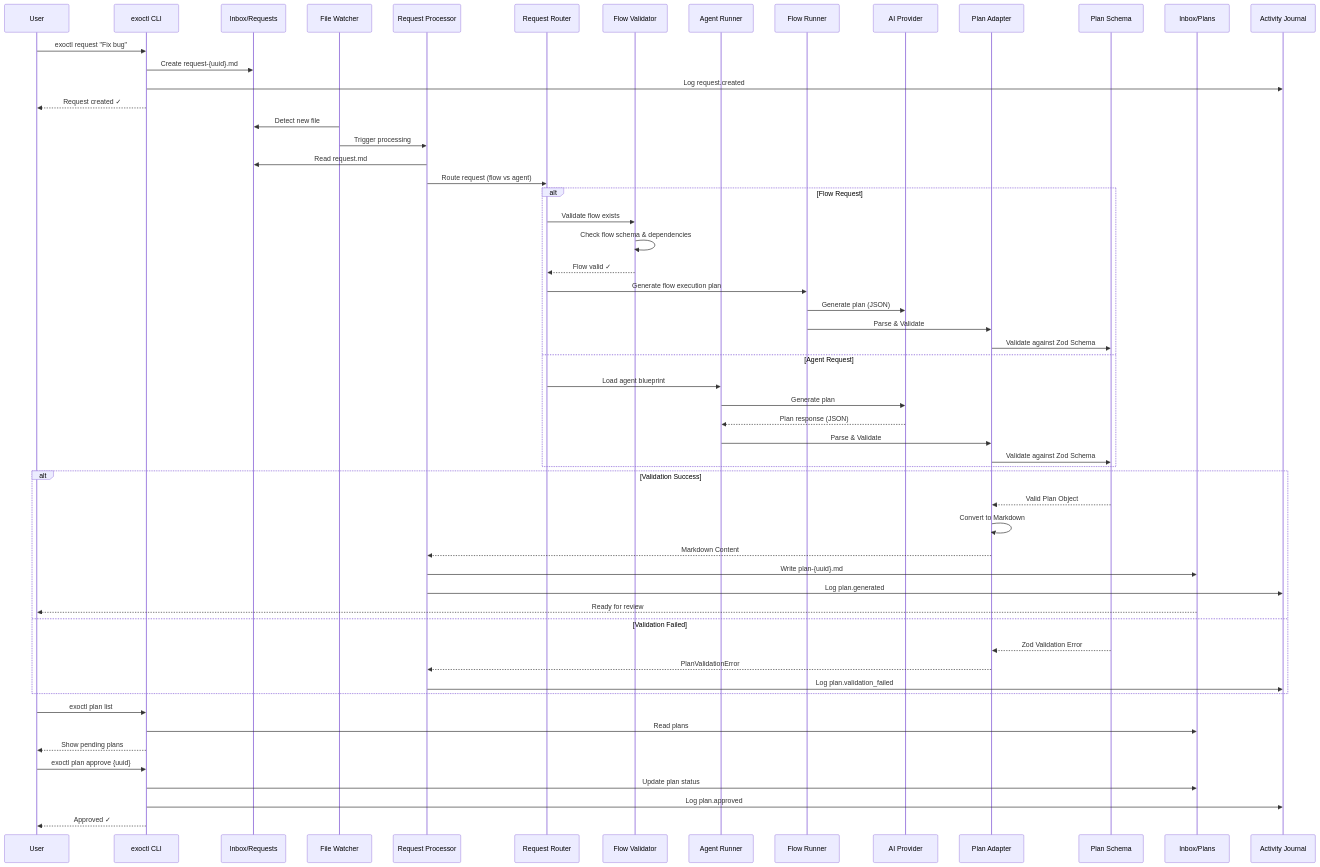
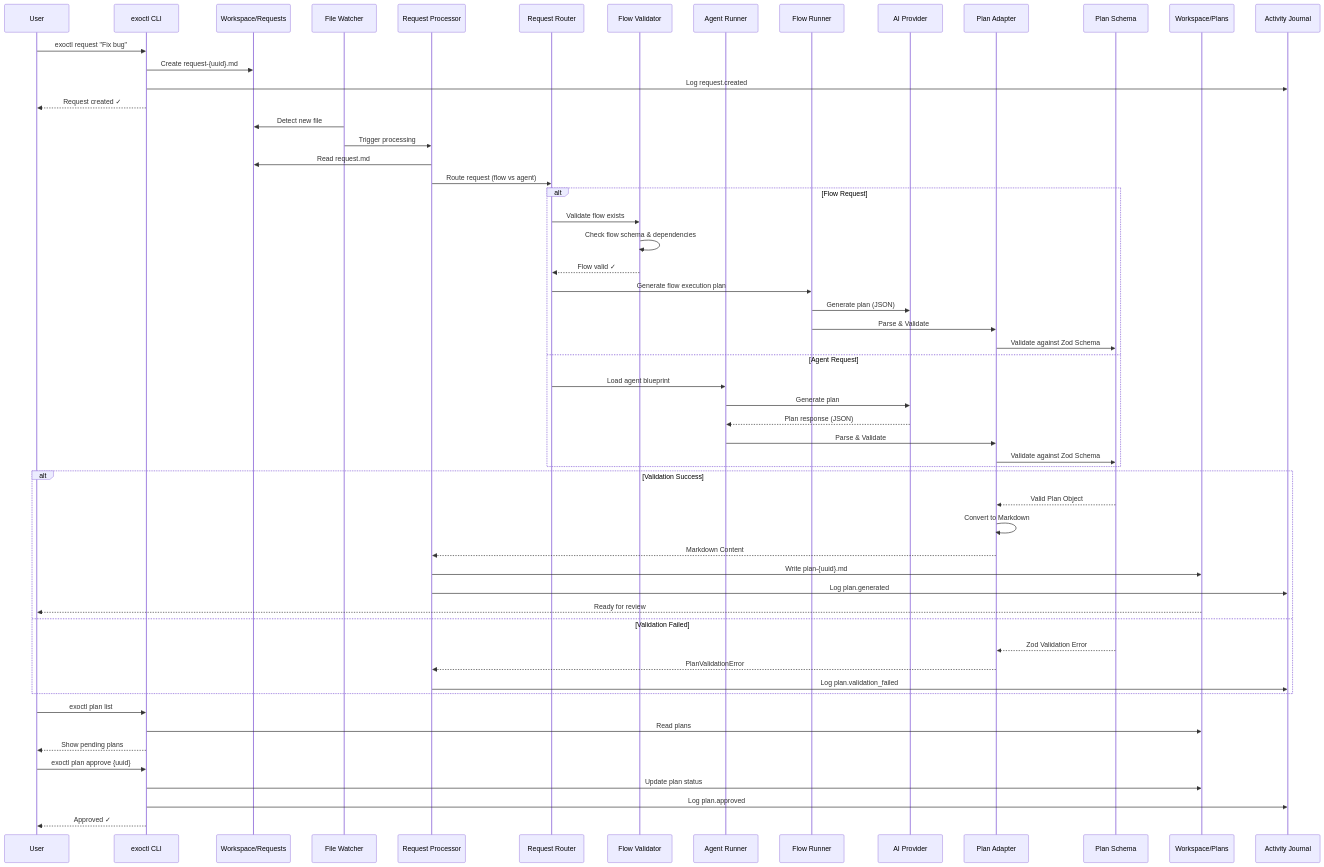
The second of 18 diagrams in docs/ExoFrame_Architecture.md (dostark/exoframe-public), drawn with Mermaid before and after one commit. The commit also changed other lines of this file and 212 other files, not shown here.

````diff
--- a/docs/ExoFrame_Architecture.md
+++ b/docs/ExoFrame_Architecture.md
@@ -194,65 +194,65 @@
 ```mermaid
 sequenceDiagram
     participant U as User
     participant CLI as exoctl CLI
-    participant I as Inbox/Requests
+    participant I as Workspace/Requests
     participant W as File Watcher
     participant RP as Request Processor
     participant RR as Request Router
     participant FV as Flow Validator
     participant AR as Agent Runner
     participant FR as Flow Runner
     participant AI as AI Provider
     participant PA as Plan Adapter
     participant PS as Plan Schema
-    participant P as Inbox/Plans
+    participant P as Workspace/Plans
     participant DB as Activity Journal
 
     U->>CLI: exoctl request "Fix bug"
     CLI->>I: Create request-{uuid}.md
     CLI->>DB: Log request.created
     CLI-->>U: Request created ✓
 
     W->>I: Detect new file
     W->>RP: Trigger processing
     RP->>I: Read request.md
     RP->>RR: Route request (flow vs agent)
 
     alt Flow Request
         RR->>FV: Validate flow exists
         FV->>FV: Check flow schema & dependencies
         FV-->>RR: Flow valid ✓
         RR->>FR: Generate flow execution plan
         FR->>AI: Generate plan (JSON)
         FR->>PA: Parse & Validate
         PA->>PS: Validate against Zod Schema
     else Agent Request
         RR->>AR: Load agent blueprint
         AR->>AI: Generate plan
         AI-->>AR: Plan response (JSON)
         AR->>PA: Parse & Validate
         PA->>PS: Validate against Zod Schema
     end
 
     alt Validation Success
         PS-->>PA: Valid Plan Object
         PA->>PA: Convert to Markdown
         PA-->>RP: Markdown Content
         RP->>P: Write plan-{uuid}.md
         RP->>DB: Log plan.generated
         P-->>U: Ready for review
     else Validation Failed
         PS-->>PA: Zod Validation Error
         PA-->>RP: PlanValidationError
         RP->>DB: Log plan.validation_failed
     end
 
     U->>CLI: exoctl plan list
     CLI->>P: Read plans
     CLI-->>U: Show pending plans
 
     U->>CLI: exoctl plan approve {uuid}
     CLI->>P: Update plan status
     CLI->>DB: Log plan.approved
     CLI-->>U: Approved ✓
 ```
````
